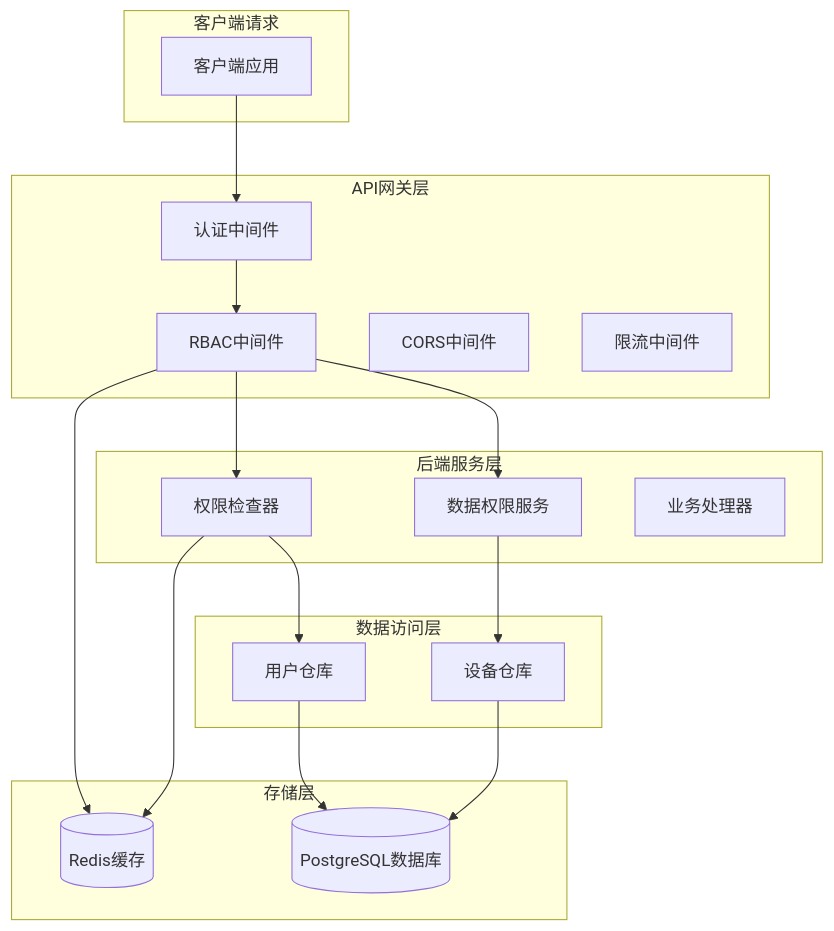
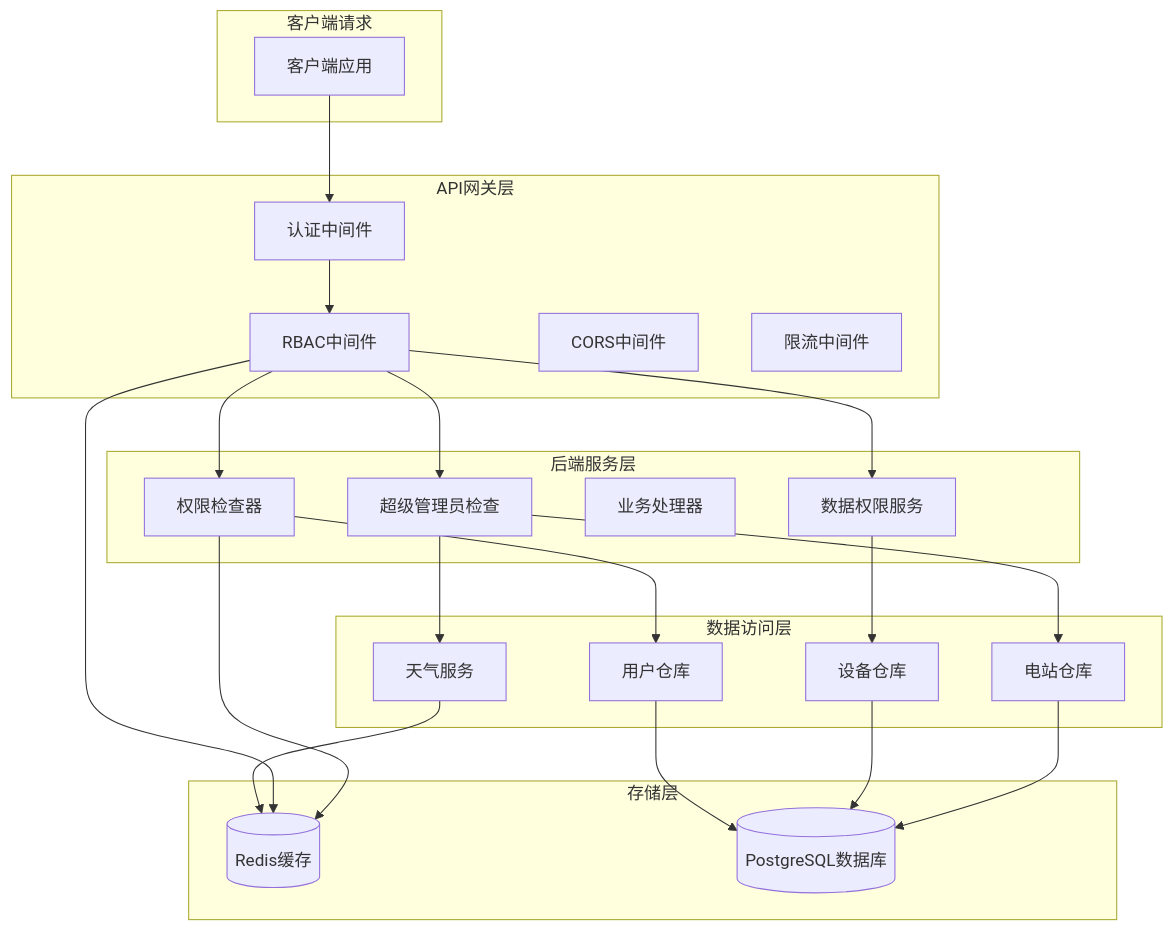
One commit to mcmrzy/cs_inv_monitor-develop changed the second of 13 diagrams in .qoder/repowiki/zh/content/安全与权限/RBAC权限控制.md. Above: the diagram before and after it, drawn with Mermaid. The commit also changed other lines of this file and 88 other files, not shown here.

````diff
--- a/.qoder/repowiki/zh/content/安全与权限/RBAC权限控制.md
+++ b/.qoder/repowiki/zh/content/安全与权限/RBAC权限控制.md
@@ -107,35 +132,43 @@
 ```mermaid
 graph TB
 subgraph "客户端请求"
 CLIENT[客户端应用]
 end
 subgraph "API网关层"
 AUTH[认证中间件]
 RBAC_MW[RBAC中间件]
 CORS[CORS中间件]
 RATE[限流中间件]
 end
 subgraph "后端服务层"
 PERM_CHECK[权限检查器]
 DATA_PERM[数据权限服务]
 HANDLER[业务处理器]
+SUPER_ADMIN[超级管理员检查]
 end
 subgraph "数据访问层"
 USER_REPO[用户仓库]
 DEVICE_REPO[设备仓库]
+STATION_REPO[电站仓库]
+WEATHER_REPO[天气服务]
 end
 subgraph "存储层"
 CACHE[(Redis缓存)]
 DB[(PostgreSQL数据库)]
 end
 CLIENT --> AUTH
 AUTH --> RBAC_MW
 RBAC_MW --> PERM_CHECK
 RBAC_MW --> DATA_PERM
+RBAC_MW --> SUPER_ADMIN
 PERM_CHECK --> USER_REPO
 DATA_PERM --> DEVICE_REPO
+SUPER_ADMIN --> STATION_REPO
+SUPER_ADMIN --> WEATHER_REPO
 USER_REPO --> DB
 DEVICE_REPO --> DB
+STATION_REPO --> DB
+WEATHER_REPO --> CACHE
 RBAC_MW --> CACHE
 PERM_CHECK --> CACHE
 ```
````
